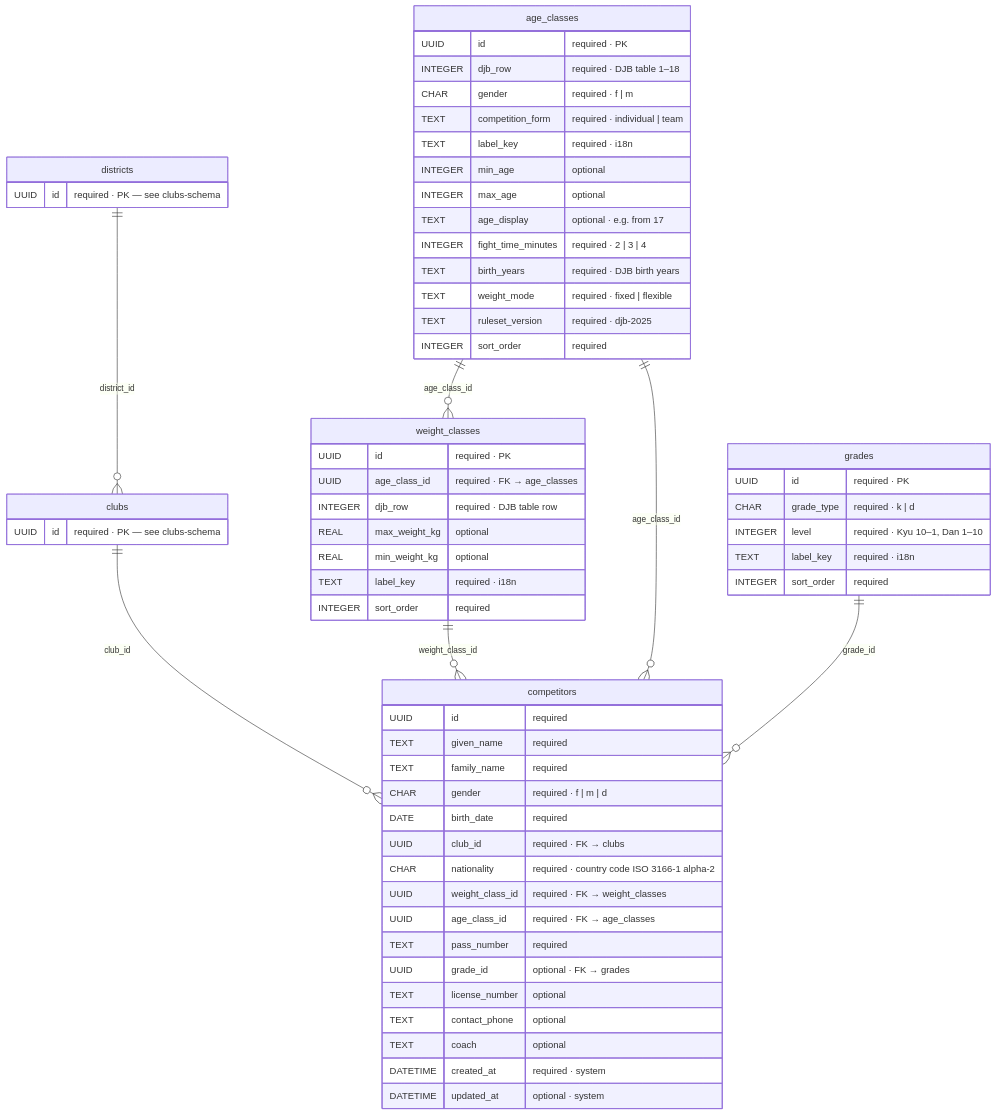
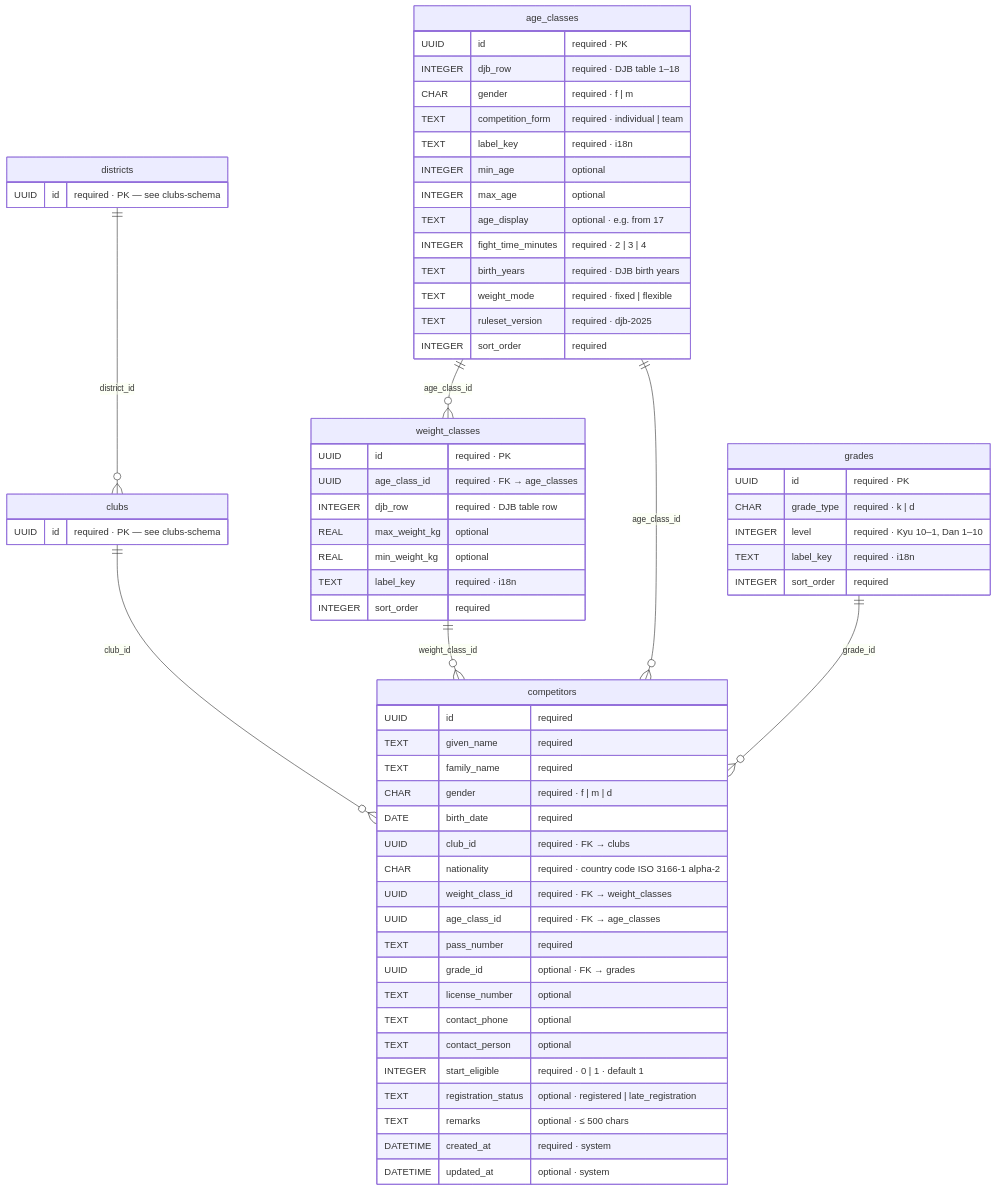
The first of 3 diagrams in docs/database/participants-schema.md (AK2083/DojoSphere), drawn with Mermaid before and after one commit. The commit also changed other lines of this file and 113 other files, not shown here.

````diff
--- a/docs/database/participants-schema.md
+++ b/docs/database/participants-schema.md
@@ -11,64 +11,67 @@
 ```mermaid
 erDiagram
   districts ||--o{ clubs : "district_id"
   clubs ||--o{ competitors : "club_id"
   weight_classes ||--o{ competitors : "weight_class_id"
   age_classes ||--o{ competitors : "age_class_id"
   grades ||--o{ competitors : "grade_id"
   age_classes ||--o{ weight_classes : "age_class_id"
   clubs {
     UUID id "required · PK — see clubs-schema"
   }
   districts {
     UUID id "required · PK — see clubs-schema"
   }
   weight_classes {
     UUID id "required · PK"
     UUID age_class_id "required · FK → age_classes"
     INTEGER djb_row "required · DJB table row"
     REAL max_weight_kg "optional"
     REAL min_weight_kg "optional"
     TEXT label_key "required · i18n"
     INTEGER sort_order "required"
   }
   age_classes {
     UUID id "required · PK"
     INTEGER djb_row "required · DJB table 1–18"
     CHAR gender "required · f | m"
     TEXT competition_form "required · individual | team"
     TEXT label_key "required · i18n"
     INTEGER min_age "optional"
     INTEGER max_age "optional"
     TEXT age_display "optional · e.g. from 17"
     INTEGER fight_time_minutes "required · 2 | 3 | 4"
     TEXT birth_years "required · DJB birth years"
     TEXT weight_mode "required · fixed | flexible"
     TEXT ruleset_version "required · djb-2025"
     INTEGER sort_order "required"
   }
   grades {
     UUID id "required · PK"
     CHAR grade_type "required · k | d"
     INTEGER level "required · Kyu 10–1, Dan 1–10"
     TEXT label_key "required · i18n"
     INTEGER sort_order "required"
   }
   competitors {
     UUID id "required"
     TEXT given_name "required"
     TEXT family_name "required"
     CHAR gender "required · f | m | d"
     DATE birth_date "required"
     UUID club_id "required · FK → clubs"
     CHAR nationality "required · country code ISO 3166-1 alpha-2"
     UUID weight_class_id "required · FK → weight_classes"
     UUID age_class_id "required · FK → age_classes"
     TEXT pass_number "required"
     UUID grade_id "optional · FK → grades"
     TEXT license_number "optional"
     TEXT contact_phone "optional"
-    TEXT coach "optional"
+    TEXT contact_person "optional"
+    INTEGER start_eligible "required · 0 | 1 · default 1"
+    TEXT registration_status "optional · registered | late_registration"
+    TEXT remarks "optional · ≤ 500 chars"
     DATETIME created_at "required · system"
     DATETIME updated_at "optional · system"
   }
 ```
````
